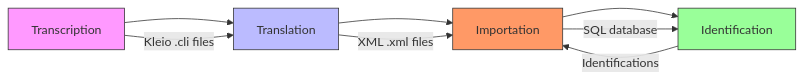
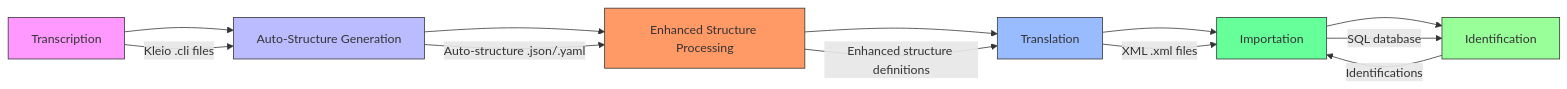
The second of 8 diagrams in .qoder/repowiki/en/content/Processing Pipeline/Kleio Processing Workflow.md (joaquimrcarvalho/dehergne-locations), drawn with Mermaid before and after one commit. The commit also changed other lines of this file and 8 other files, not shown here.

````diff
--- a/.qoder/repowiki/en/content/Processing Pipeline/Kleio Processing Workflow.md
+++ b/.qoder/repowiki/en/content/Processing Pipeline/Kleio Processing Workflow.md
@@ -86,14 +119,20 @@
 ```mermaid
 graph LR
-A[Transcription] --> B[Translation]
-B --> C[Importation]
-C --> D[Identification]
+A[Transcription] --> B[Auto-Structure Generation]
+B --> C[Enhanced Structure Processing]
+C --> D[Translation]
+D --> E[Importation]
+E --> F[Identification]
 A --> |Kleio .cli files| B
-B --> |XML .xml files| C
-C --> |SQL database| D
-D --> |Identifications| C
+B --> |Auto-structure .json/.yaml| C
+C --> |Enhanced structure definitions| D
+D --> |XML .xml files| E
+E --> |SQL database| F
+F --> |Identifications| E
 style A fill:#f9f,stroke:#333
 style B fill:#bbf,stroke:#333
 style C fill:#f96,stroke:#333
-style D fill:#9f9,stroke:#333
+style D fill:#9bf,stroke:#333
+style E fill:#6f9,stroke:#333
+style F fill:#9f9,stroke:#333
 ```
````
